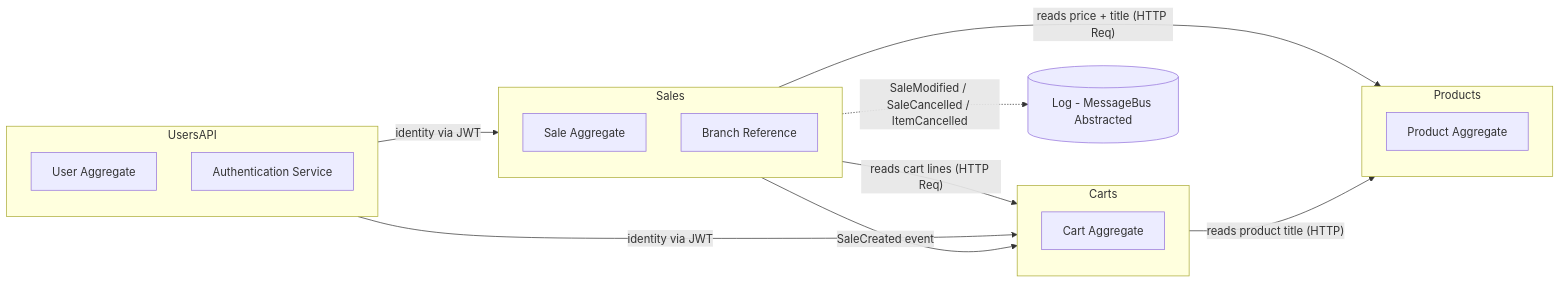
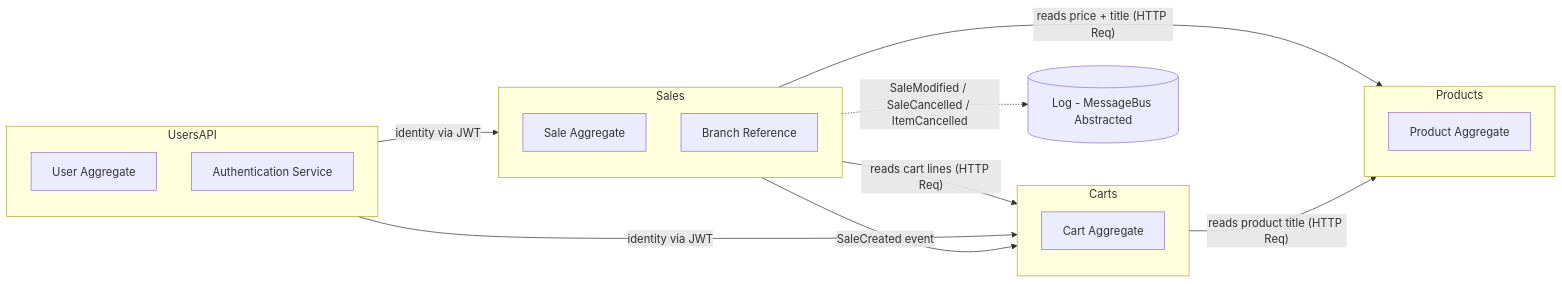
One commit to dante-escame/abi-gth-omnia-dev-eval changed the first of 3 diagrams in .doc/my-own/diagrams.md. Above: the diagram before and after it, drawn with Mermaid. The commit also changed other lines of this file, not shown here.

Commit message:
docs: adding product catalog context to diagrams.md

````diff
--- a/.doc/my-own/diagrams.md
+++ b/.doc/my-own/diagrams.md
@@ -5,25 +5,25 @@
 ```mermaid
 flowchart LR
     subgraph IAM["UsersAPI"]
         U[User Aggregate]
         AUTH[Authentication Service]
     end
     subgraph CAT["Products"]
         P[Product Aggregate]
     end
     subgraph CART["Carts"]
         C[Cart Aggregate]
     end
     subgraph SALES["Sales"]
         S[Sale Aggregate]
         BR[Branch Reference]
     end
 
     SALES -- "reads cart lines (HTTP Req)" --> CART
     SALES -- "reads price + title (HTTP Req)" --> CAT
-    CART  -- "reads product title (HTTP)" --> CAT
+    CART  -- "reads product title (HTTP Req)" --> CAT
     IAM   -- "identity via JWT" --> SALES
     IAM   -- "identity via JWT" --> CART
     SALES -- "SaleCreated event" --> CART
     SALES -.->|"SaleModified / SaleCancelled / ItemCancelled"| BUS[(Log - MessageBus Abstracted)]
 ```
````
